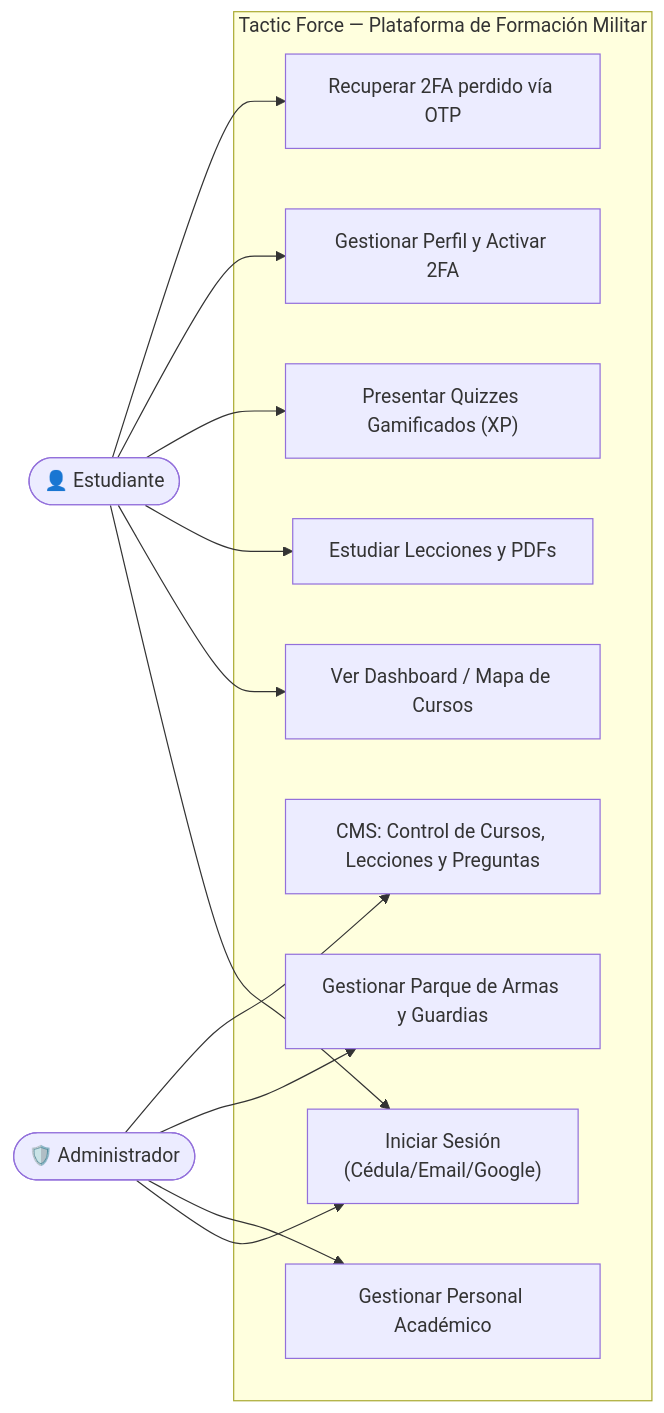
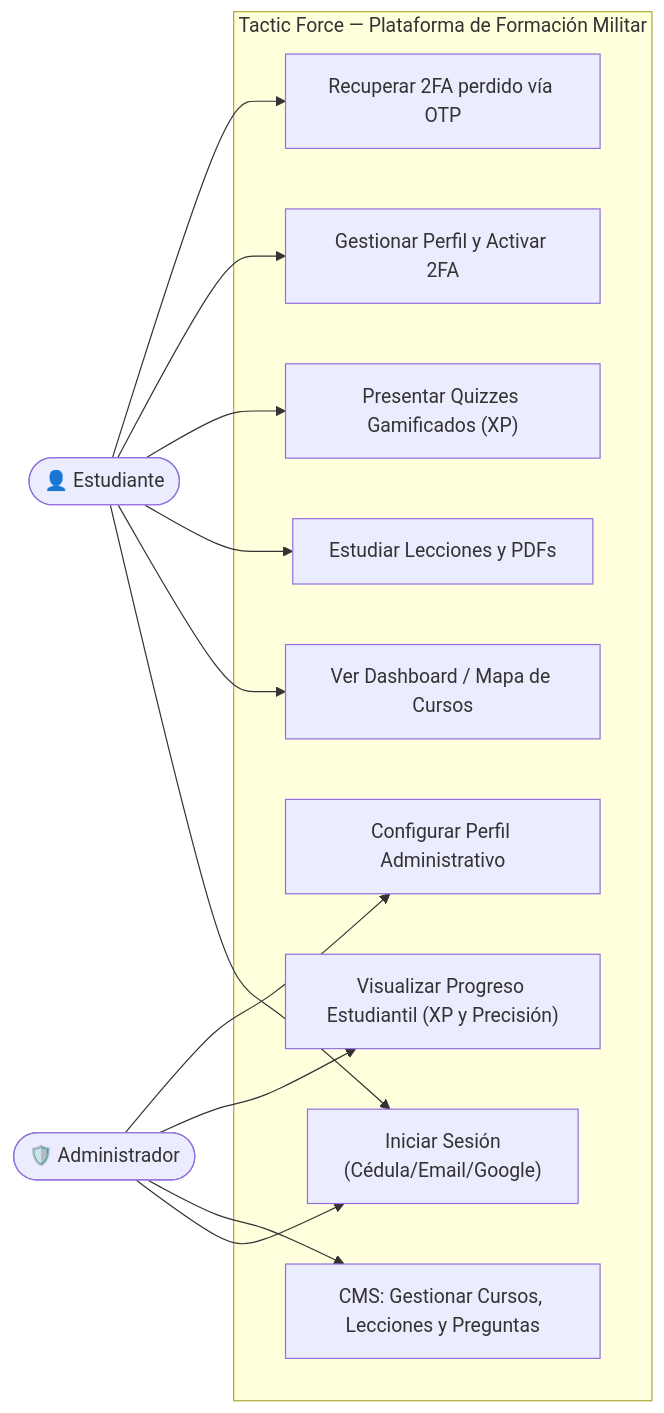
The second of 7 diagrams in README.md (Jose-Sierra082005/sistema-militar-unefa), drawn with Mermaid before and after one commit. The commit also changed other lines of this file and 2 other files, not shown here.

Commit message:
docs: actualizar README con diagramas reales de BD, casos de uso y modulos correctos del sistema

````diff
--- a/README.md
+++ b/README.md
@@ -98,29 +99,29 @@
 ```mermaid
 graph LR
     ESTUDIANTE(["👤 Estudiante"])
     ADMIN(["🛡️ Administrador"])
 
     subgraph SISTEMA["Tactic Force — Plataforma de Formación Militar"]
         UC1["Iniciar Sesión<br/>(Cédula/Email/Google)"]
         UC2["Ver Dashboard / Mapa de Cursos"]
         UC3["Estudiar Lecciones y PDFs"]
         UC4["Presentar Quizzes Gamificados (XP)"]
         UC5["Gestionar Perfil y Activar 2FA"]
         UC6["Recuperar 2FA perdido vía OTP"]
-        UC7["Gestionar Personal Académico"]
-        UC8["Gestionar Parque de Armas y Guardias"]
-        UC9["CMS: Control de Cursos, Lecciones y Preguntas"]
+        UC7["CMS: Gestionar Cursos, Lecciones y Preguntas"]
+        UC8["Visualizar Progreso Estudiantil (XP y Precisión)"]
+        UC9["Configurar Perfil Administrativo"]
     end
 
     ESTUDIANTE --> UC1
     ESTUDIANTE --> UC2
     ESTUDIANTE --> UC3
     ESTUDIANTE --> UC4
     ESTUDIANTE --> UC5
     ESTUDIANTE --> UC6
 
     ADMIN --> UC1
     ADMIN --> UC7
     ADMIN --> UC8
     ADMIN --> UC9
 ```
````
